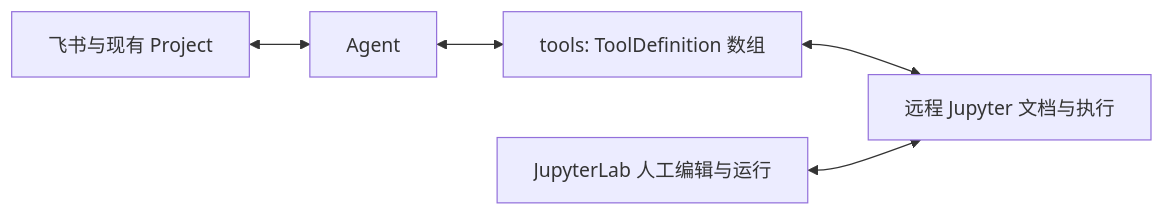
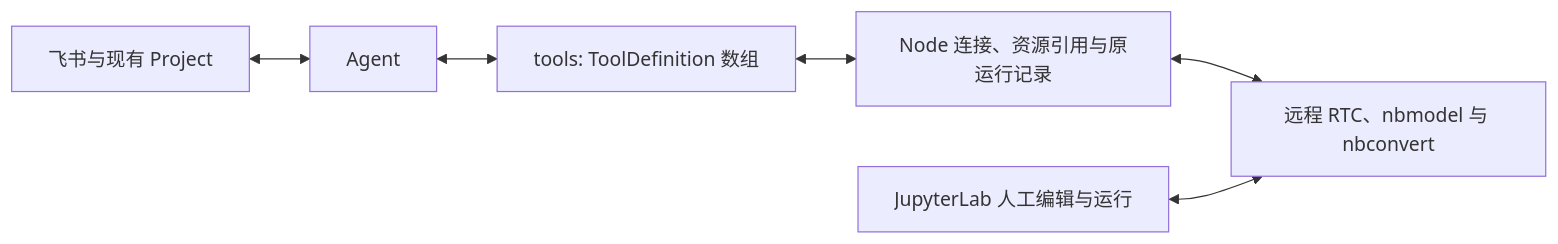
The diagram in docs/designs/jupyter-harness.md (hs3180/disclaude), drawn with Mermaid before and after one commit. The commit also changed other lines of this file and 5 other files, not shown here.

````diff
--- a/docs/designs/jupyter-harness.md
+++ b/docs/designs/jupyter-harness.md
@@ -13,7 +15,8 @@
 ```mermaid
 flowchart LR
   F[飞书与现有 Project] <--> A[Agent]
   A <--> T[tools: ToolDefinition 数组]
-  T <--> J[远程 Jupyter 文档与执行]
+  T <--> N[Node 连接、资源引用与原运行记录]
+  N <--> J[远程 RTC、nbmodel 与 nbconvert]
   H[JupyterLab 人工编辑与运行] <--> J
 ```
````
